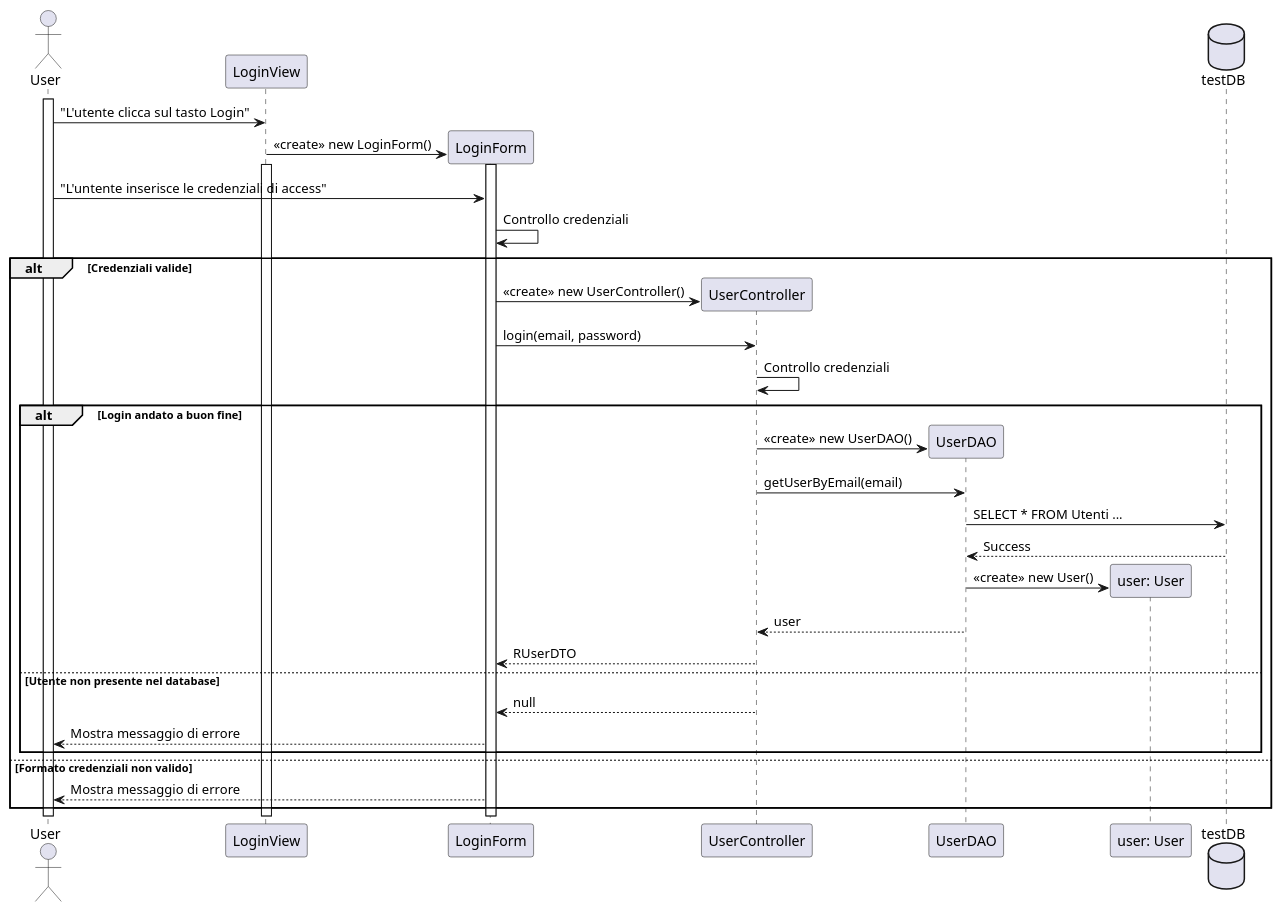
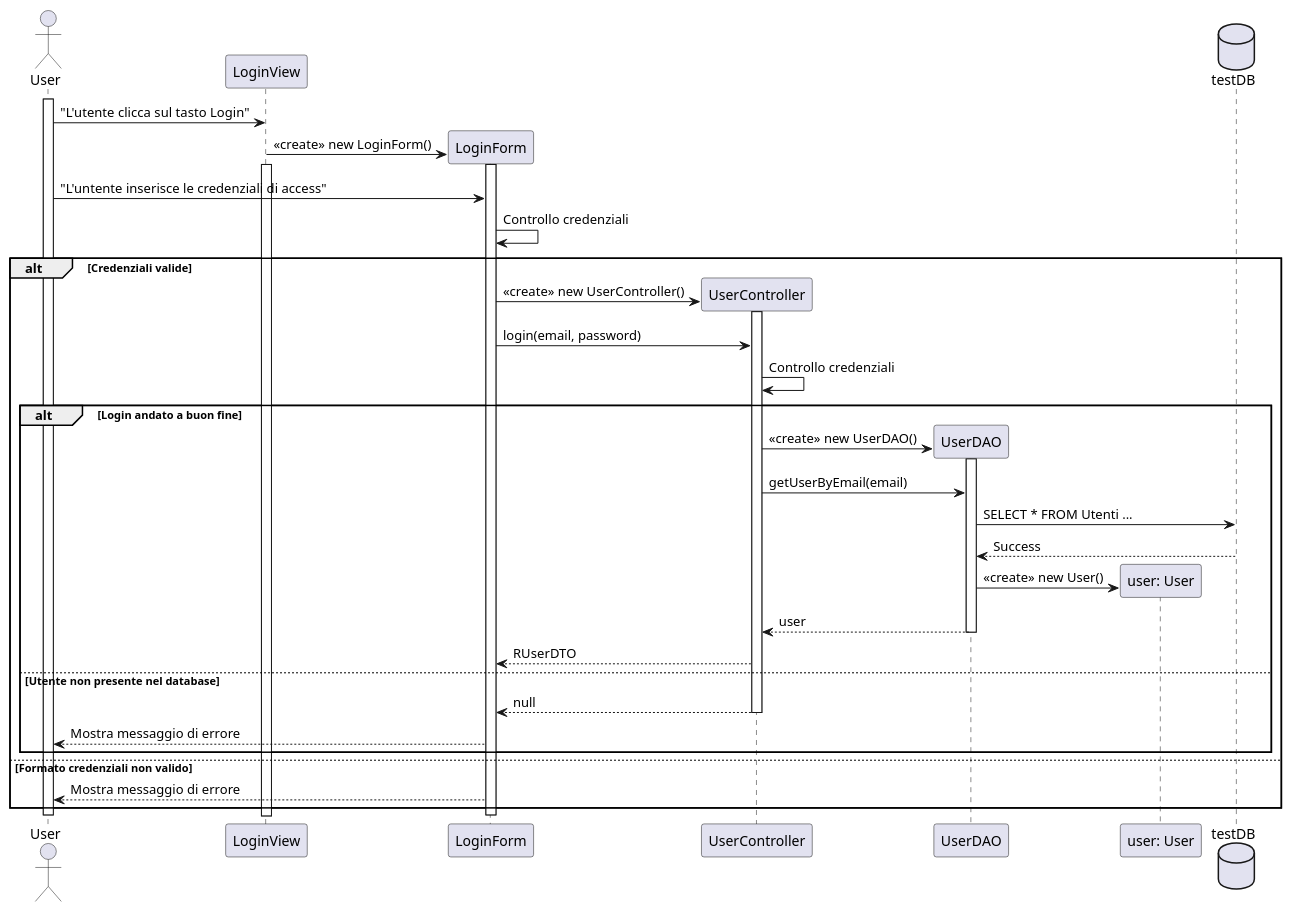
Before and after one commit to Air4x/Progetto_ISW: the diagram in VisualParadigm/diagramma_prg_sequenza_accesso.puml, drawn with PlantUML.

Commit message:
doc: Aggiunto sequence diagram accesso

```diff
--- a/VisualParadigm/diagramma_prg_sequenza_accesso.puml
+++ b/VisualParadigm/diagramma_prg_sequenza_accesso.puml
@@ -1,42 +1,47 @@
 @startuml
 actor User
 participant "LoginView"
 participant "LoginForm"
 participant "UserController"
 participant "UserDAO"
 participant "user: User" as user
 database "testDB"
 
 activate User
 User -> LoginView : "L'utente clicca sul tasto Login"
 
 create LoginForm
 LoginView -> LoginForm : <<create>> new LoginForm()
 activate LoginView
 activate LoginForm
 User -> LoginForm : "L'untente inserisce le credenziali di access"
 LoginForm -> LoginForm : Controllo credenziali
 alt Credenziali valide
 create UserController
 LoginForm -> UserController :<<create>> new UserController()
+activate UserController
 LoginForm -> UserController: login(email, password)
 UserController -> UserController: Controllo credenziali
 alt Login andato a buon fine
 create UserDAO
 UserController -> UserDAO: <<create>> new UserDAO()
+activate UserDAO
 UserController -> UserDAO: getUserByEmail(email)
 UserDAO -> testDB: SELECT * FROM Utenti ...
 testDB --> UserDAO: Success
 create user
 UserDAO -> user : <<create>> new User()
 UserDAO --> UserController : user
+deactivate UserDAO
 UserController --> LoginForm: RUserDTO
 else Utente non presente nel database
 UserController --> LoginForm : null
+deactivate UserController
 LoginForm ---> User : Mostra messaggio di errore
 end
 else Formato credenziali non valido
 LoginForm --> User: Mostra messaggio di errore
 end
-
+deactivate LoginForm
+deactivate User
 @enduml
```
